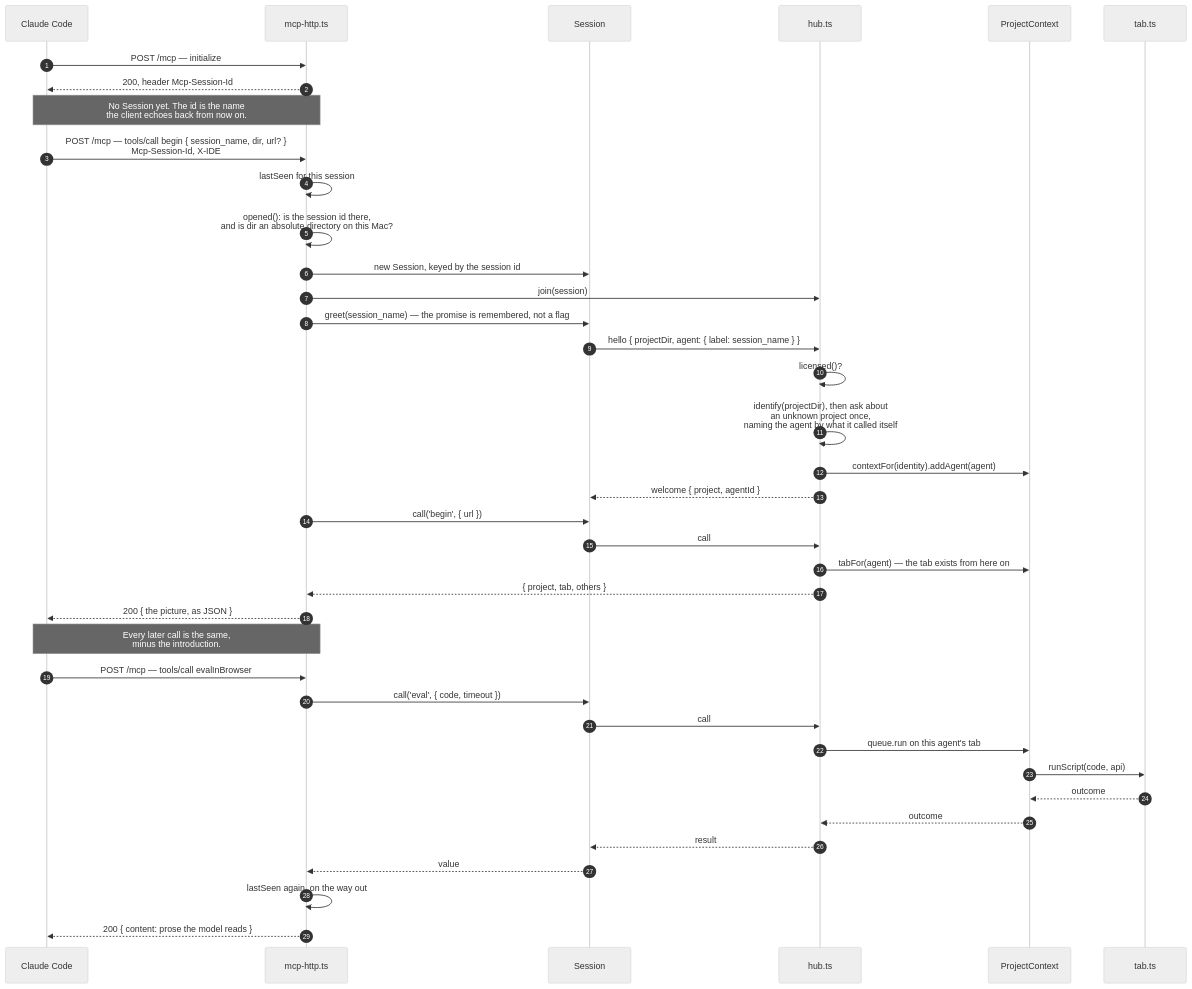
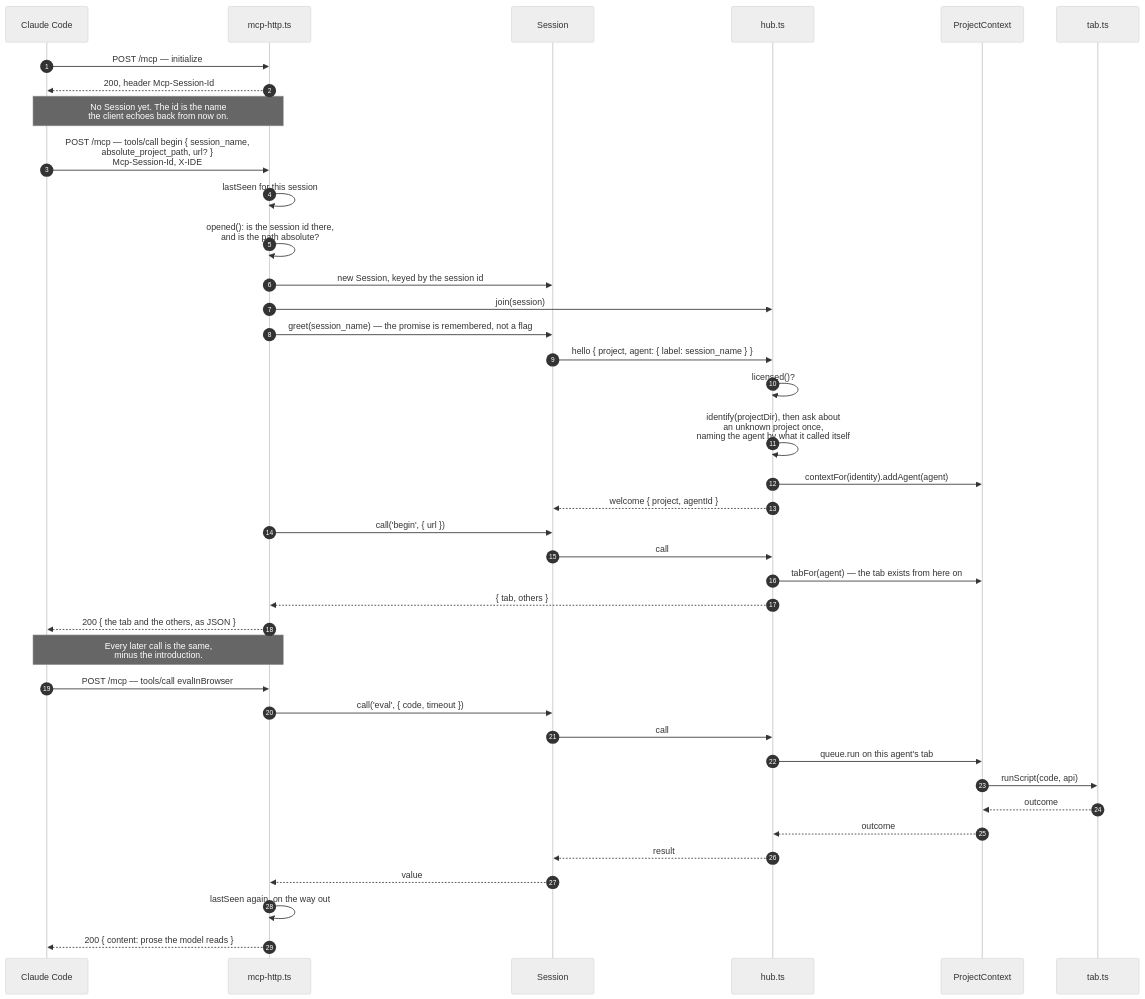
Before and after one commit to korchasa/naoba-agent-browser: the first of 4 diagrams in documents/how-a-session-works.md, drawn with Mermaid (neutral theme). The commit also changed other lines of this file and 9 other files, not shown here.

First line of the commit message:
feat: the session names its project, and is believed

````diff
--- a/documents/how-a-session-works.md
+++ b/documents/how-a-session-works.md
@@ -15,45 +15,45 @@
 ```mermaid
 sequenceDiagram
     autonumber
     participant IDE as Claude Code
     participant HTTP as mcp-http.ts
     participant S as Session
     participant Hub as hub.ts
     participant Ctx as ProjectContext
     participant Tab as tab.ts
 
     IDE->>HTTP: POST /mcp — initialize
     HTTP-->>IDE: 200, header Mcp-Session-Id
     Note over IDE,HTTP: No Session yet. The id is the name<br/>the client echoes back from now on.
 
-    IDE->>HTTP: POST /mcp — tools/call begin { session_name, dir, url? }<br/>Mcp-Session-Id, X-IDE
+    IDE->>HTTP: POST /mcp — tools/call begin { session_name,<br/>absolute_project_path, url? }<br/>Mcp-Session-Id, X-IDE
     HTTP->>HTTP: lastSeen for this session
-    HTTP->>HTTP: opened(): is the session id there,<br/>and is dir an absolute directory on this Mac?
+    HTTP->>HTTP: opened(): is the session id there,<br/>and is the path absolute?
     HTTP->>S: new Session, keyed by the session id
     HTTP->>Hub: join(session)
     HTTP->>S: greet(session_name) — the promise is remembered, not a flag
-    S->>Hub: hello { projectDir, agent: { label: session_name } }
+    S->>Hub: hello { project, agent: { label: session_name } }
     Hub->>Hub: licensed()?
     Hub->>Hub: identify(projectDir), then ask about<br/>an unknown project once,<br/>naming the agent by what it called itself
     Hub->>Ctx: contextFor(identity).addAgent(agent)
     Hub-->>S: welcome { project, agentId }
     HTTP->>S: call('begin', { url })
     S->>Hub: call
     Hub->>Ctx: tabFor(agent) — the tab exists from here on
-    Hub-->>HTTP: { project, tab, others }
-    HTTP-->>IDE: 200 { the picture, as JSON }
+    Hub-->>HTTP: { tab, others }
+    HTTP-->>IDE: 200 { the tab and the others, as JSON }
 
     Note over IDE,HTTP: Every later call is the same,<br/>minus the introduction.
 
     IDE->>HTTP: POST /mcp — tools/call evalInBrowser
     HTTP->>S: call('eval', { code, timeout })
     S->>Hub: call
     Hub->>Ctx: queue.run on this agent's tab
     Ctx->>Tab: runScript(code, api)
     Tab-->>Ctx: outcome
     Ctx-->>Hub: outcome
     Hub-->>S: result
     S-->>HTTP: value
     HTTP->>HTTP: lastSeen again, on the way out
     HTTP-->>IDE: 200 { content: prose the model reads }
 ```
````
